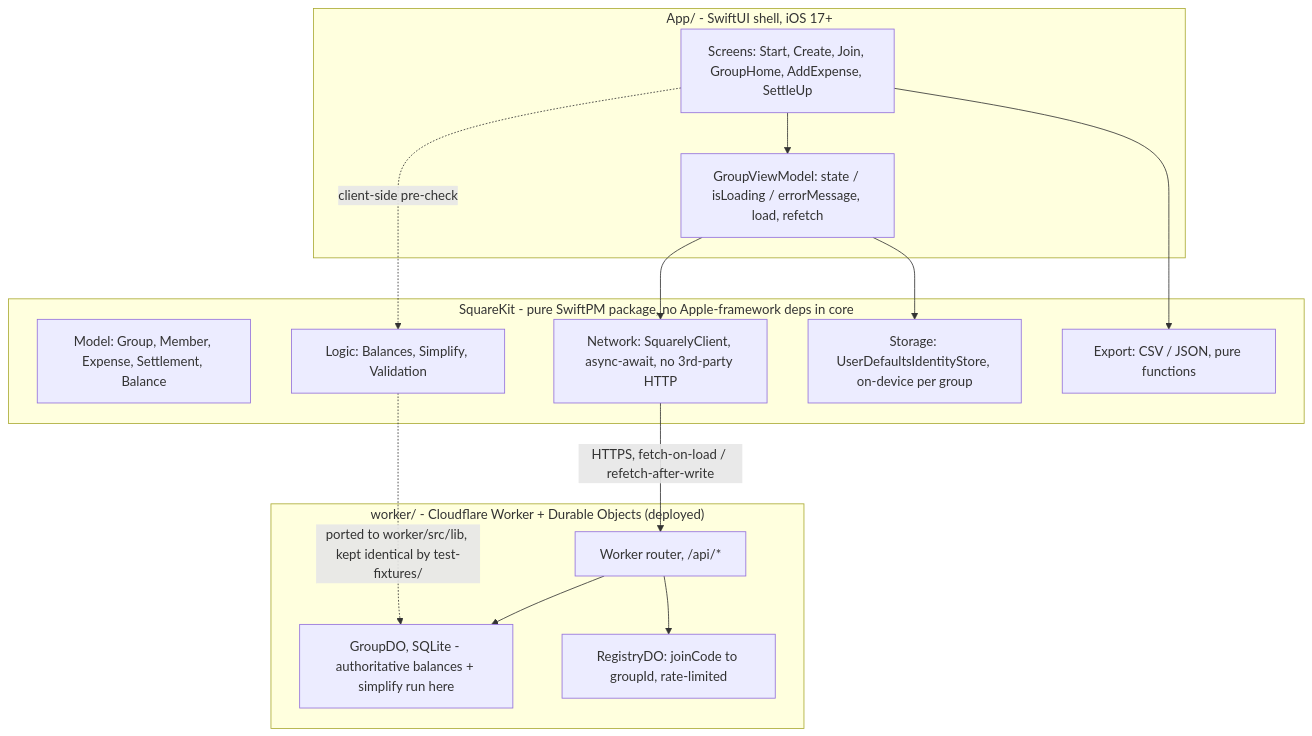
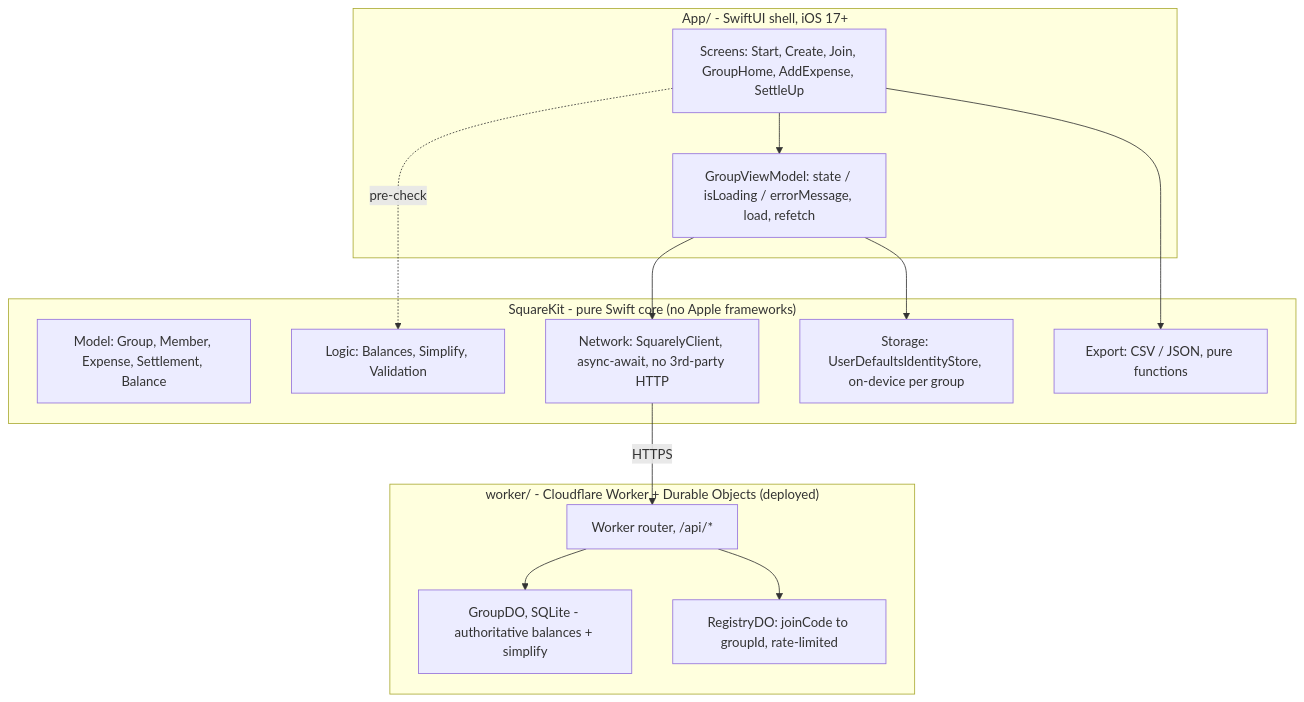
Before and after one commit to nakka-labs/clantab-ios: the diagram in README.md, drawn with Mermaid. The commit also changed other lines of this file, not shown here.

Commit message:
docs: fix mermaid label overlap in the README architecture diagram
The `logic -.-> groupdo` "ported (same fixtures)" edge label landed on the
worker/ subgraph title. Dropped the cross-subgraph edge (the point is already
made in the prose right below) and shortened the SquareKit subgraph title so
the vm→client/store edges don't cut through it. Rendered with mermaid-cli 11
(GitHub's engine) — clean.

Claude-Session: https://claude.ai/code/session_01WaW5xrAx5tb7RUGoCizPex

````diff
--- a/README.md
+++ b/README.md
@@ -40,32 +40,30 @@
 ```mermaid
 flowchart TB
     subgraph app["App/ - SwiftUI shell, iOS 17+"]
         screens["Screens: Start, Create, Join, GroupHome, AddExpense, SettleUp"]
         vm["GroupViewModel: state / isLoading / errorMessage, load, refetch"]
         screens --> vm
     end
 
-    subgraph kit["SquareKit - pure SwiftPM package, no Apple-framework deps in core"]
+    subgraph kit["SquareKit - pure Swift core (no Apple frameworks)"]
         model["Model: Group, Member, Expense, Settlement, Balance"]
         logic["Logic: Balances, Simplify, Validation"]
         client["Network: SquarelyClient, async-await, no 3rd-party HTTP"]
         store["Storage: UserDefaultsIdentityStore, on-device per group"]
         export["Export: CSV / JSON, pure functions"]
     end
 
     vm --> client
     vm --> store
     screens --> export
-    screens -.->|"client-side pre-check"| logic
-    client -->|"HTTPS, fetch-on-load / refetch-after-write"| worker
+    screens -.->|"pre-check"| logic
+    client -->|HTTPS| worker
 
     subgraph backend["worker/ - Cloudflare Worker + Durable Objects (deployed)"]
         worker["Worker router, /api/*"]
-        groupdo["GroupDO, SQLite - authoritative balances + simplify run here"]
+        groupdo["GroupDO, SQLite - authoritative balances + simplify"]
         registrydo["RegistryDO: joinCode to groupId, rate-limited"]
         worker --> groupdo
         worker --> registrydo
     end
-
-    logic -.->|"ported to worker/src/lib, kept identical by test-fixtures/"| groupdo
 ```
````
